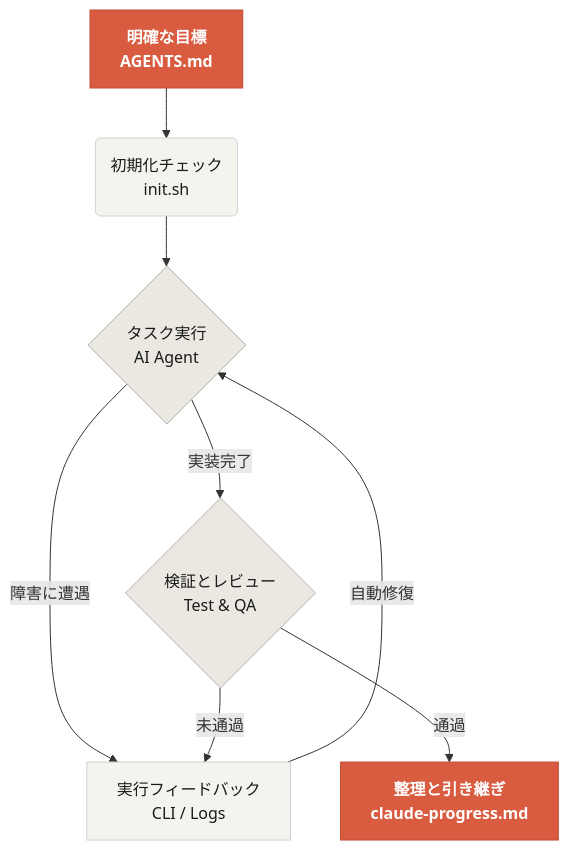
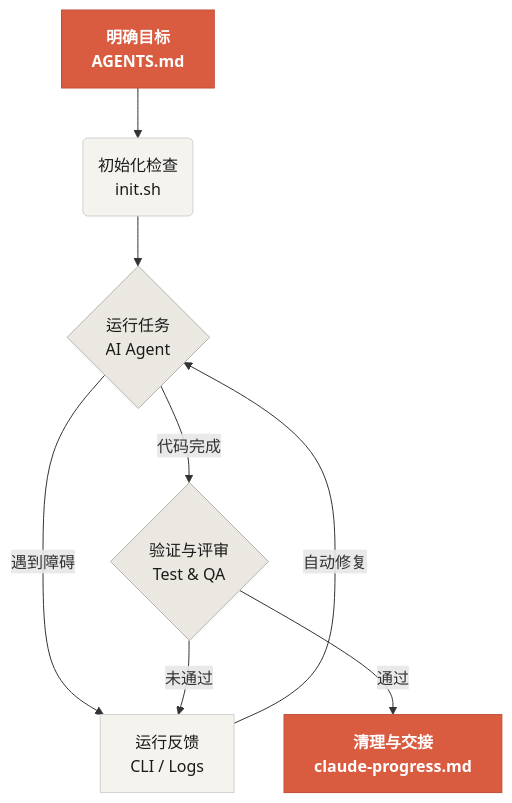
Before and after one commit to mkusaka/learn-harness-engineering: the diagram in docs/zh/index.md, drawn with Mermaid. The commit also changed other lines of this file and 684 other files, not shown here.

````diff
--- a/docs/zh/index.md
+++ b/docs/zh/index.md
@@ -34,18 +34,18 @@
 ```mermaid
 graph TD
-    A["明確な目標<br/>AGENTS.md"] --> B("初期化チェック<br/>init.sh")
-    B --> C{"タスク実行<br/>AI Agent"}
-    C -->|障害に遭遇| D["実行フィードバック<br/>CLI / Logs"]
-    D -->|自動修復| C
-    C -->|実装完了| E{"検証とレビュー<br/>Test & QA"}
-    E -->|未通過| D
-    E -->|通過| F["整理と引き継ぎ<br/>claude-progress.md"]
+    A["明确目标<br/>AGENTS.md"] --> B("初始化检查<br/>init.sh")
+    B --> C{"运行任务<br/>AI Agent"}
+    C -->|遇到障碍| D["运行反馈<br/>CLI / Logs"]
+    D -->|自动修复| C
+    C -->|代码完成| E{"验证与评审<br/>Test & QA"}
+    E -->|未通过| D
+    E -->|通过| F["清理与交接<br/>claude-progress.md"]
     
     classDef primary fill:#D95C41,stroke:#C14E36,color:#fff,font-weight:bold;
     classDef process fill:#F4F3EE,stroke:#D1D1D1,color:#1A1A1A;
     classDef check fill:#EAE8E1,stroke:#B3B3B3,color:#1A1A1A;
     
     class A,F primary;
     class B,D process;
     class C,E check;
 ```
````
